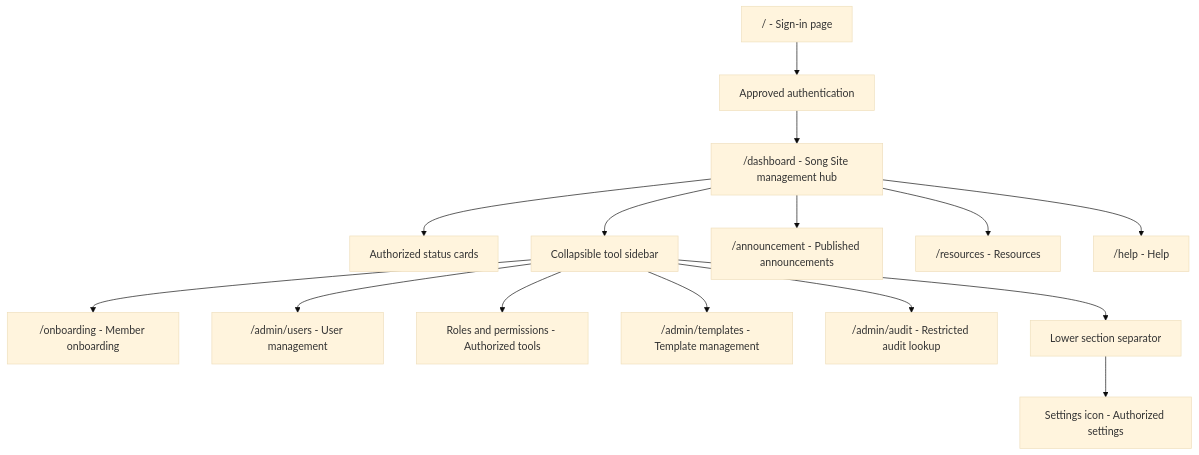
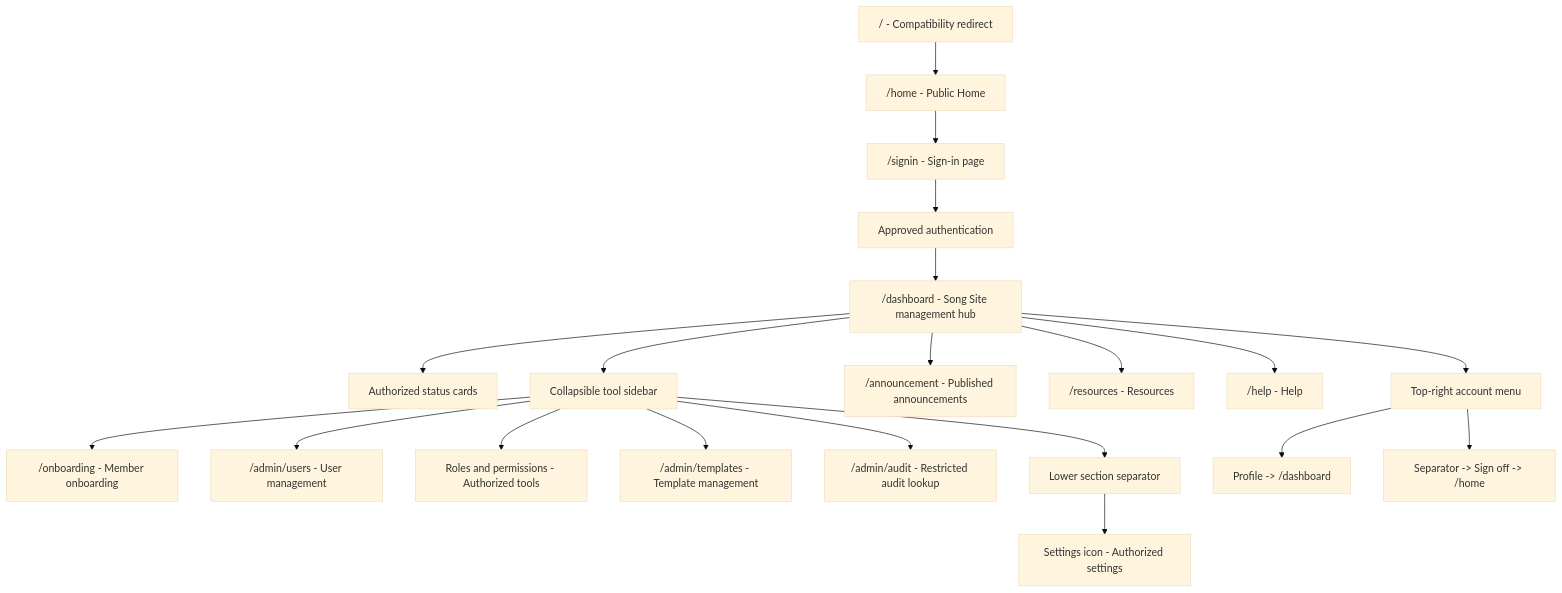
One commit to jestonibbaguio-max/song-site changed the diagram in docs/adr/0038-welcome-route.md. Above: the diagram before and after it, drawn with Mermaid (base theme). The commit also changed other lines of this file and 13 other files, not shown here.

Commit message:
Document public home and authenticated dashboard navigation

````diff
--- a/docs/adr/0038-welcome-route.md
+++ b/docs/adr/0038-welcome-route.md
@@ -44,17 +62,22 @@
 ```mermaid
 flowchart TD
-    SIGNIN["/ - Sign-in page"] --> AUTH["Approved authentication"]
+    HOME["/home - Public Home"] --> SIGNIN["/signin - Sign-in page"]
+    ROOT["/ - Compatibility redirect"] --> HOME
+    SIGNIN --> AUTH["Approved authentication"]
     AUTH --> DASHBOARD["/dashboard - Song Site management hub"]
     DASHBOARD --> STATUS["Authorized status cards"]
     DASHBOARD --> SIDEBAR["Collapsible tool sidebar"]
     SIDEBAR --> ONBOARDING["/onboarding - Member onboarding"]
     SIDEBAR --> USERS["/admin/users - User management"]
     SIDEBAR --> ROLES["Roles and permissions - Authorized tools"]
     SIDEBAR --> TEMPLATES["/admin/templates - Template management"]
     SIDEBAR --> AUDIT["/admin/audit - Restricted audit lookup"]
     SIDEBAR --> SEPARATOR["Lower section separator"]
     SEPARATOR --> SETTINGS["Settings icon - Authorized settings"]
     DASHBOARD --> ANNOUNCEMENT["/announcement - Published announcements"]
     DASHBOARD --> RESOURCES["/resources - Resources"]
-    DASHBOARD --> HELP["/help - Help"]
+  DASHBOARD --> HELP["/help - Help"]
+  DASHBOARD --> ACCOUNT["Top-right account menu"]
+  ACCOUNT --> PROFILE["Profile -> /dashboard"]
+  ACCOUNT --> SIGNOUT["Separator -> Sign off -> /home"]
 ```
````
